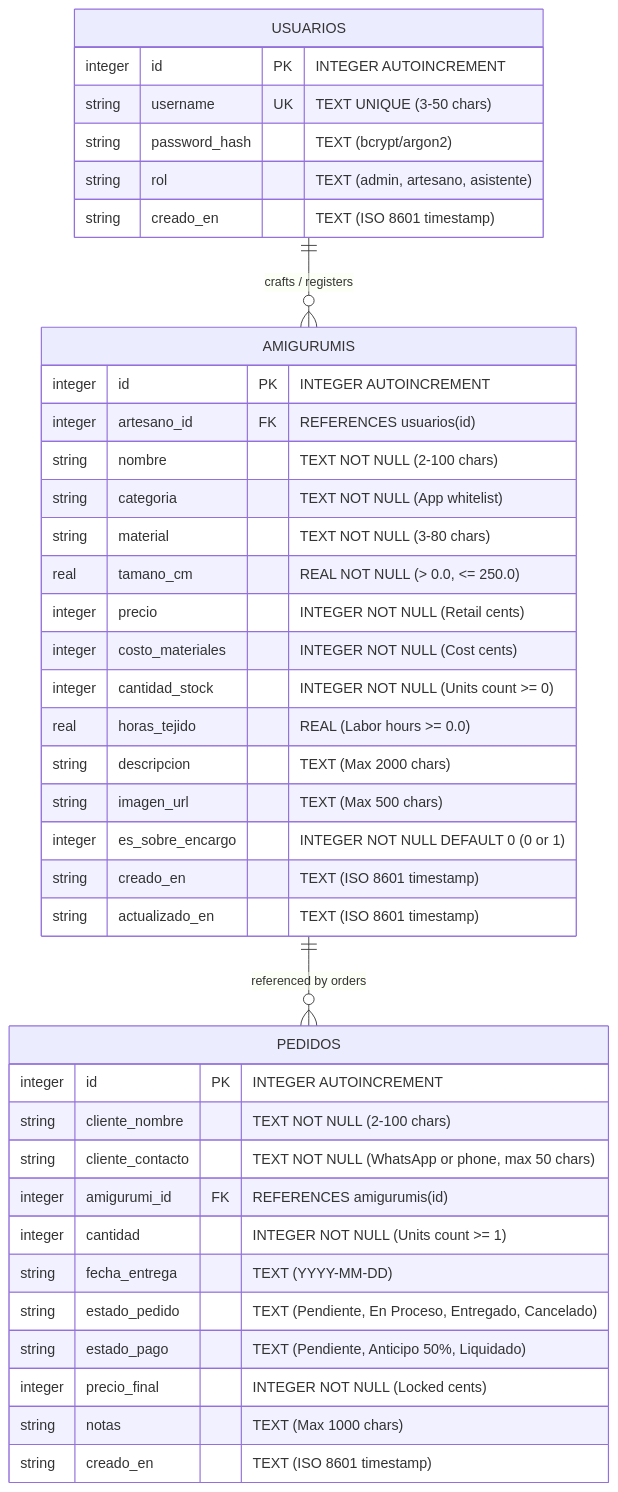
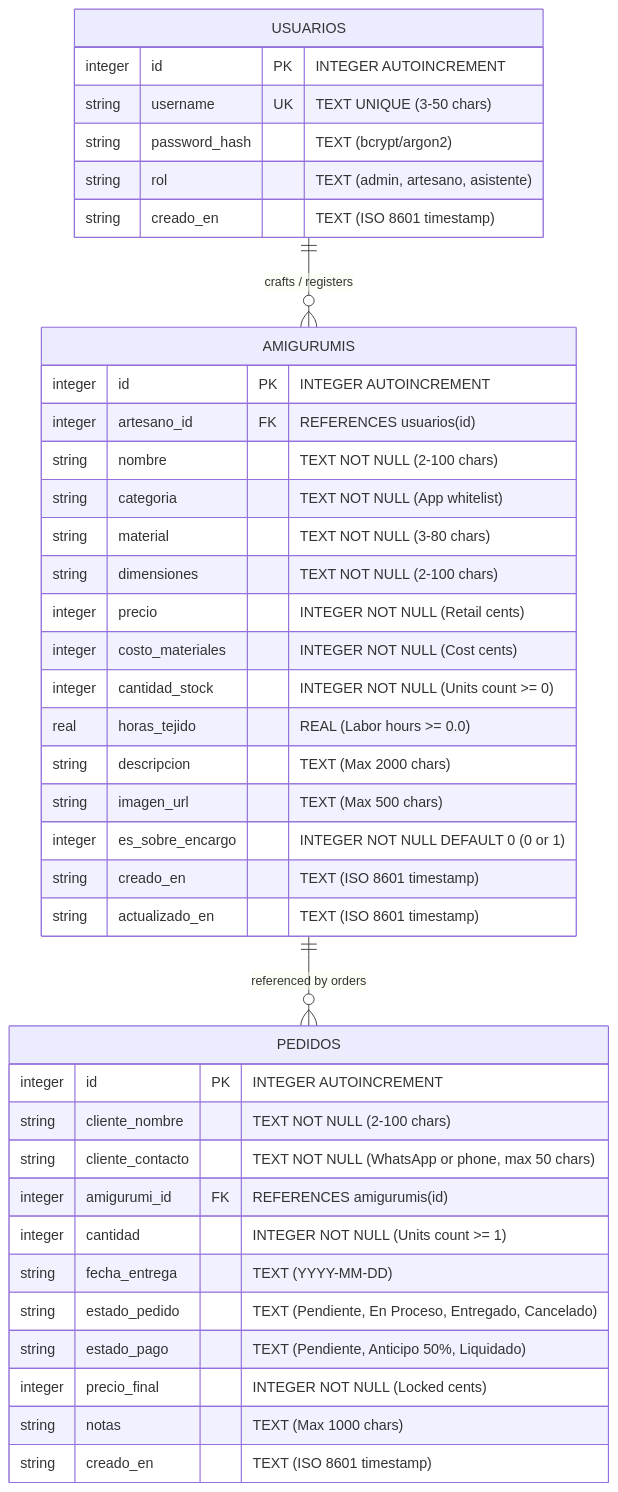
The diagram in docs/data-model.md (AngelKero/amigurumi-manager), drawn with Mermaid before and after one commit. The commit also changed other lines of this file and 24 other files, not shown here.

````diff
--- a/docs/data-model.md
+++ b/docs/data-model.md
@@ -18,45 +18,45 @@
 ```mermaid
 erDiagram
     USUARIOS {
         integer id PK "INTEGER AUTOINCREMENT"
         string username UK "TEXT UNIQUE (3-50 chars)"
         string password_hash "TEXT (bcrypt/argon2)"
         string rol "TEXT (admin, artesano, asistente)"
         string creado_en "TEXT (ISO 8601 timestamp)"
     }
 
     AMIGURUMIS {
         integer id PK "INTEGER AUTOINCREMENT"
         integer artesano_id FK "REFERENCES usuarios(id)"
         string nombre "TEXT NOT NULL (2-100 chars)"
         string categoria "TEXT NOT NULL (App whitelist)"
         string material "TEXT NOT NULL (3-80 chars)"
-        real tamano_cm "REAL NOT NULL (> 0.0, <= 250.0)"
+        string dimensiones "TEXT NOT NULL (2-100 chars)"
         integer precio "INTEGER NOT NULL (Retail cents)"
         integer costo_materiales "INTEGER NOT NULL (Cost cents)"
         integer cantidad_stock "INTEGER NOT NULL (Units count >= 0)"
         real horas_tejido "REAL (Labor hours >= 0.0)"
         string descripcion "TEXT (Max 2000 chars)"
         string imagen_url "TEXT (Max 500 chars)"
         integer es_sobre_encargo "INTEGER NOT NULL DEFAULT 0 (0 or 1)"
         string creado_en "TEXT (ISO 8601 timestamp)"
         string actualizado_en "TEXT (ISO 8601 timestamp)"
     }
 
     PEDIDOS {
         integer id PK "INTEGER AUTOINCREMENT"
         string cliente_nombre "TEXT NOT NULL (2-100 chars)"
         string cliente_contacto "TEXT NOT NULL (WhatsApp or phone, max 50 chars)"
         integer amigurumi_id FK "REFERENCES amigurumis(id)"
         integer cantidad "INTEGER NOT NULL (Units count >= 1)"
         string fecha_entrega "TEXT (YYYY-MM-DD)"
         string estado_pedido "TEXT (Pendiente, En Proceso, Entregado, Cancelado)"
         string estado_pago "TEXT (Pendiente, Anticipo 50%, Liquidado)"
         integer precio_final "INTEGER NOT NULL (Locked cents)"
         string notas "TEXT (Max 1000 chars)"
         string creado_en "TEXT (ISO 8601 timestamp)"
     }
 
     USUARIOS ||--o{ AMIGURUMIS : "crafts / registers"
     AMIGURUMIS ||--o{ PEDIDOS : "referenced by orders"
 ```
````
